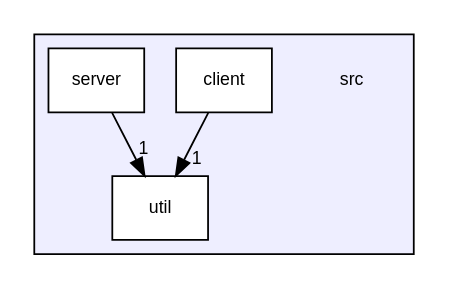
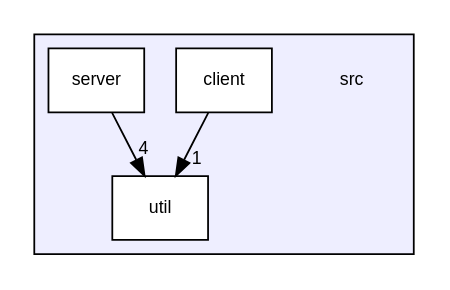
The diagram in dir_68267d1309a1af8e8297ef4c3efbcdba_dep.dot (ctrlMarcio/feup-sope-proj2), drawn with Graphviz before and after one commit. The commit also changed 19 other files, not shown here.

```diff
--- a/dir_68267d1309a1af8e8297ef4c3efbcdba_dep.dot
+++ b/dir_68267d1309a1af8e8297ef4c3efbcdba_dep.dot
@@ -1,14 +1,14 @@
 digraph "/home/runner/work/feup-sope-proj2/feup-sope-proj2/src" {
   compound=true
   node [ fontsize="10", fontname="Helvetica"];
   edge [ labelfontsize="10", labelfontname="Helvetica"];
   subgraph clusterdir_68267d1309a1af8e8297ef4c3efbcdba {
     graph [ bgcolor="#eeeeff", pencolor="black", label="" URL="dir_68267d1309a1af8e8297ef4c3efbcdba.html"];
     dir_68267d1309a1af8e8297ef4c3efbcdba [shape=plaintext label="src"];
     dir_6908ff505388a07996d238c763adbdab [shape=box label="client" color="black" fillcolor="white" style="filled" URL="dir_6908ff505388a07996d238c763adbdab.html"];
     dir_075bb3ff235063c77951cd176d15a741 [shape=box label="server" color="black" fillcolor="white" style="filled" URL="dir_075bb3ff235063c77951cd176d15a741.html"];
     dir_b7878ad5ecbf2506f4125b9d34c97e45 [shape=box label="util" color="black" fillcolor="white" style="filled" URL="dir_b7878ad5ecbf2506f4125b9d34c97e45.html"];
   }
-  dir_075bb3ff235063c77951cd176d15a741->dir_b7878ad5ecbf2506f4125b9d34c97e45 [headlabel="1", labeldistance=1.5 headhref="dir_000002_000003.html"];
+  dir_075bb3ff235063c77951cd176d15a741->dir_b7878ad5ecbf2506f4125b9d34c97e45 [headlabel="4", labeldistance=1.5 headhref="dir_000002_000003.html"];
   dir_6908ff505388a07996d238c763adbdab->dir_b7878ad5ecbf2506f4125b9d34c97e45 [headlabel="1", labeldistance=1.5 headhref="dir_000001_000003.html"];
 }
```
